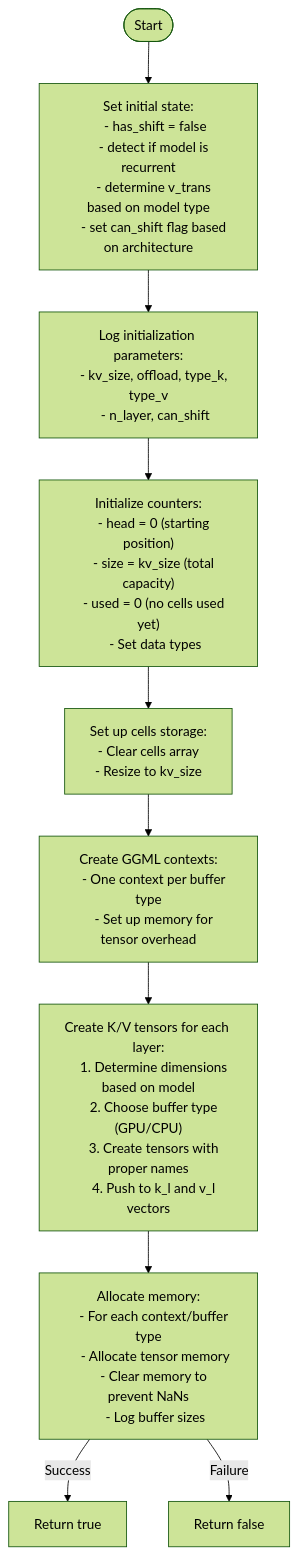
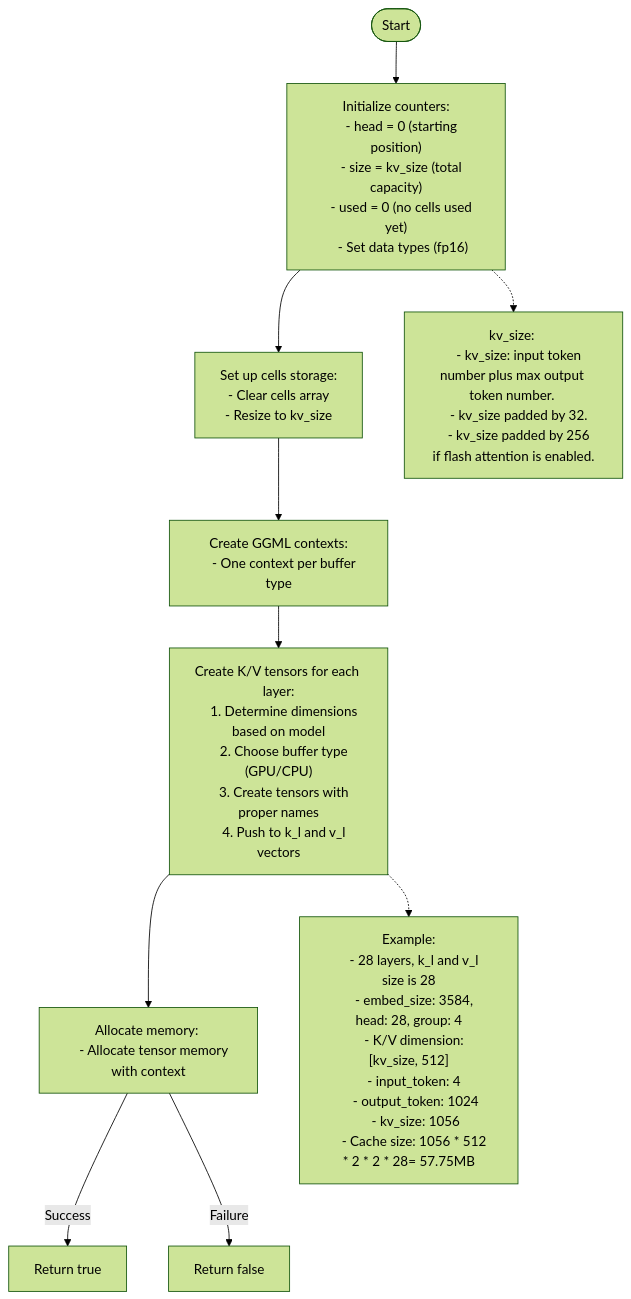
Before and after one commit to cshbli/ML-CV-AI: diagram 11 of 16 in LLM/llama.cpp_flowchart.md, drawn with Mermaid (forest theme). The commit also changed other lines of this file, not shown here.

Commit message:
Update kv cache init flow

````diff
--- a/LLM/llama.cpp_flowchart.md
+++ b/LLM/llama.cpp_flowchart.md
@@ -764,41 +760,41 @@
 ```mermaid
 flowchart TD
-    start([Start]) --> set_flags["Set initial state:
-    - has_shift = false
-    - detect if model is recurrent
-    - determine v_trans based on model type
-    - set can_shift flag based on architecture"]
-    
-    set_flags --> log_info["Log initialization parameters:
-    - kv_size, offload, type_k, type_v
-    - n_layer, can_shift"]
-    
-    log_info --> init_counters["Initialize counters:
+    start([Start]) --> init_counters["Initialize counters:
     - head = 0 (starting position)
     - size = kv_size (total capacity)
     - used = 0 (no cells used yet)
-    - Set data types"]
+    - Set data types (fp16)"]    
     
     init_counters --> setup_cells["Set up cells storage:
     - Clear cells array
     - Resize to kv_size"]
+
+    init_counters -.-> kv_size["kv_size: 
+    - kv_size: input token number plus max output token number. 
+    - kv_size padded by 32. 
+    - kv_size padded by 256 if flash attention is enabled."]
     
     setup_cells --> create_contexts["Create GGML contexts:
-    - One context per buffer type
-    - Set up memory for tensor overhead"]
+    - One context per buffer type"]
     
     create_contexts --> create_tensors["Create K/V tensors for each layer:
     1. Determine dimensions based on model
     2. Choose buffer type (GPU/CPU)
     3. Create tensors with proper names
-    4. Push to k_l and v_l vectors"]
+    4. Push to k_l and v_l vectors"]    
     
-    create_tensors --> allocate_memory["Allocate memory:
-    - For each context/buffer type
-    - Allocate tensor memory
-    - Clear memory to prevent NaNs
-    - Log buffer sizes"]
+    create_tensors --> allocate_memory["Allocate memory: 
+    - Allocate tensor memory with context"]
+
+    create_tensors -.-> cache_size["Example:
+    - 28 layers, k_l and v_l size is 28
+    - embed_size: 3584, head: 28, group: 4
+    - K/V dimension: [kv_size, 512]
+    - input_token: 4 
+    - output_token: 1024
+    - kv_size: 1056
+    - Cache size: 1056 * 512 * 2 * 2 * 28= 57.75MB"]
     
     allocate_memory -->|Success| return_true["Return true"]
-    allocate_memory -->|Failure| return_false["Return false"]
+    allocate_memory -->|Failure| return_false["Return false"]    
 ```
````
